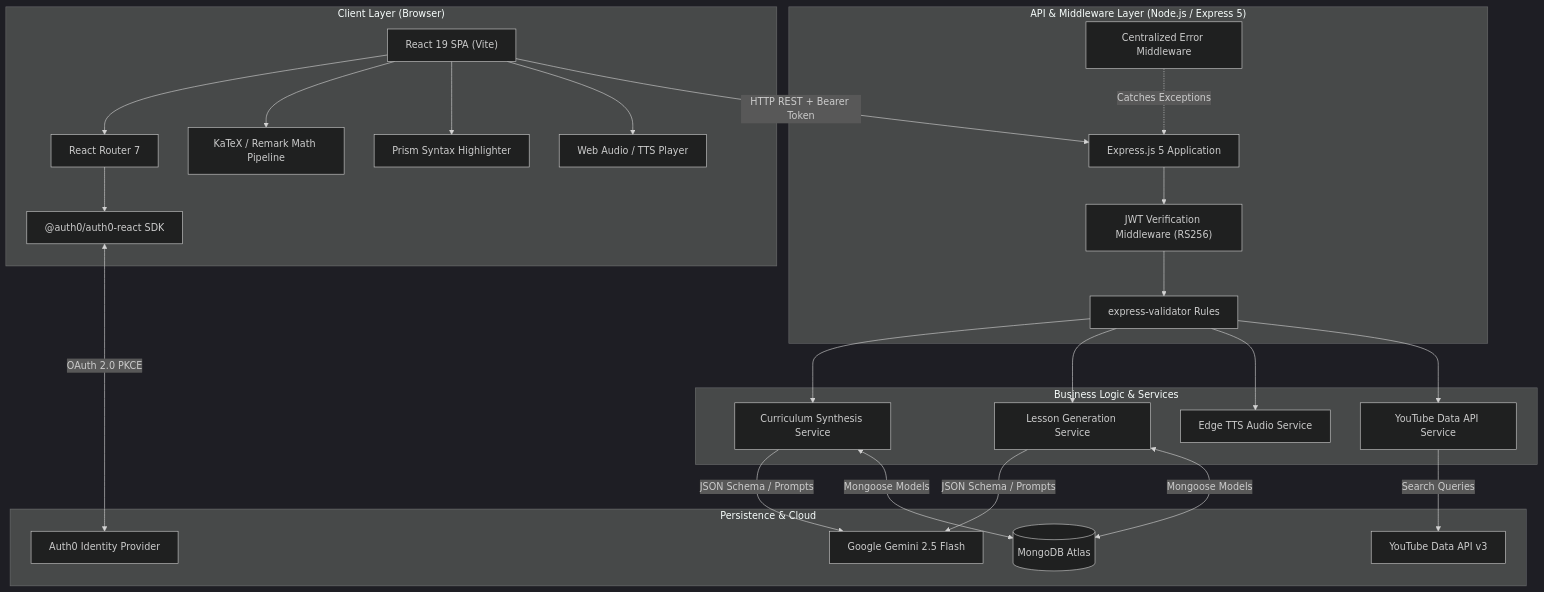
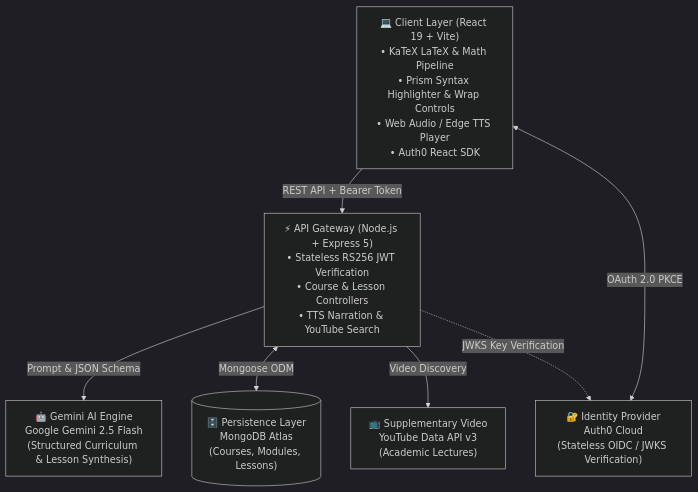
The first of 5 diagrams in docs/ARCHITECTURE.md (someshsinha/Socratic-AI), drawn with Mermaid before and after one commit. The commit also changed 1 other file, not shown here.

Commit message:
readme updates

````diff
--- a/docs/ARCHITECTURE.md
+++ b/docs/ARCHITECTURE.md
@@ -11,47 +11,19 @@
 ```mermaid
 %%{init: {'theme': 'dark'}}%%
-graph TB
-    subgraph ClientLayer ["Client Layer (Browser)"]
-        ReactApp["React 19 SPA (Vite)"]
-        Router["React Router 7"]
-        KaTeX["KaTeX / Remark Math Pipeline"]
-        CodeHighlighter["Prism Syntax Highlighter"]
-        AudioEngine["Web Audio / TTS Player"]
-        Auth0SDK["@auth0/auth0-react SDK"]
-    end
+flowchart TD
+    Client["💻 Client Layer (React 19 + Vite)\n• KaTeX LaTeX & Math Pipeline\n• Prism Syntax Highlighter & Wrap Controls\n• Web Audio / Edge TTS Player\n• Auth0 React SDK"]
+    
+    API["⚡ API Gateway (Node.js + Express 5)\n• Stateless RS256 JWT Verification\n• Course & Lesson Controllers\n• TTS Narration & YouTube Search"]
 
-    subgraph APILayer ["API & Middleware Layer (Node.js / Express 5)"]
-        ExpressApp["Express.js 5 Application"]
-        AuthGuard["JWT Verification Middleware (RS256)"]
-        Validator["express-validator Rules"]
-        ErrorHandler["Centralized Error Middleware"]
-    end
+    AI["🤖 Gemini AI Engine\nGoogle Gemini 2.5 Flash\n(Structured Curriculum & Lesson Synthesis)"]
+    DB[("🗄️ Persistence Layer\nMongoDB Atlas\n(Courses, Modules, Lessons)")]
+    YT["📺 Supplementary Video\nYouTube Data API v3\n(Academic Lectures)"]
+    Auth["🔐 Identity Provider\nAuth0 Cloud\n(Stateless OIDC / JWKS Verification)"]
 
-    subgraph ServiceLayer ["Business Logic & Services"]
-        CourseService["Curriculum Synthesis Service"]
-        LessonService["Lesson Generation Service"]
-        TTSService["Edge TTS Audio Service"]
-        YouTubeService["YouTube Data API Service"]
-    end
-
-    subgraph StorageLayer ["Persistence & Cloud"]
-        MongoDB[(MongoDB Atlas)]
-        Auth0Cloud["Auth0 Identity Provider"]
-        GeminiAPI["Google Gemini 2.5 Flash"]
-        YouTubeAPI["YouTube Data API v3"]
-    end
-
-    ReactApp --> Router
-    Router --> Auth0SDK
-    Auth0SDK <-->|OAuth 2.0 PKCE| Auth0Cloud
-    ReactApp --> KaTeX & CodeHighlighter & AudioEngine
-
-    ReactApp -->|HTTP REST + Bearer Token| ExpressApp
-    ExpressApp --> AuthGuard --> Validator
-    Validator --> CourseService & LessonService & TTSService & YouTubeService
-    ErrorHandler -.->|Catches Exceptions| ExpressApp
-
-    CourseService & LessonService -->|JSON Schema / Prompts| GeminiAPI
-    YouTubeService -->|Search Queries| YouTubeAPI
-    CourseService & LessonService <-->|Mongoose Models| MongoDB
+    Client -->|REST API + Bearer Token| API
+    Client <-->|OAuth 2.0 PKCE| Auth
+    API -->|Prompt & JSON Schema| AI
+    API <-->|Mongoose ODM| DB
+    API -->|Video Discovery| YT
+    API -.->|JWKS Key Verification| Auth
 ```
````
